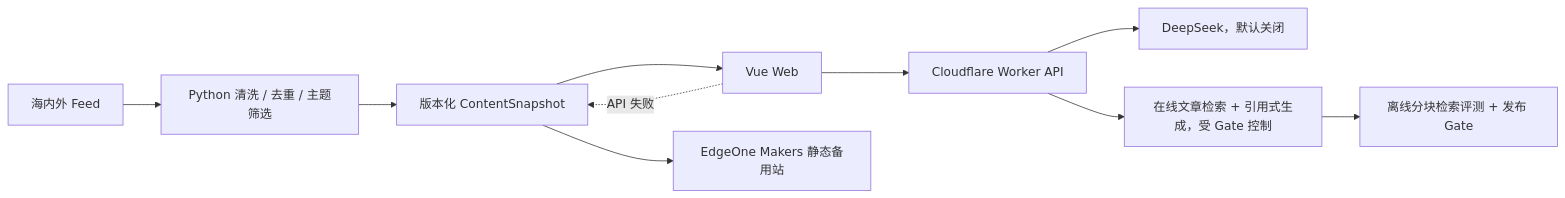
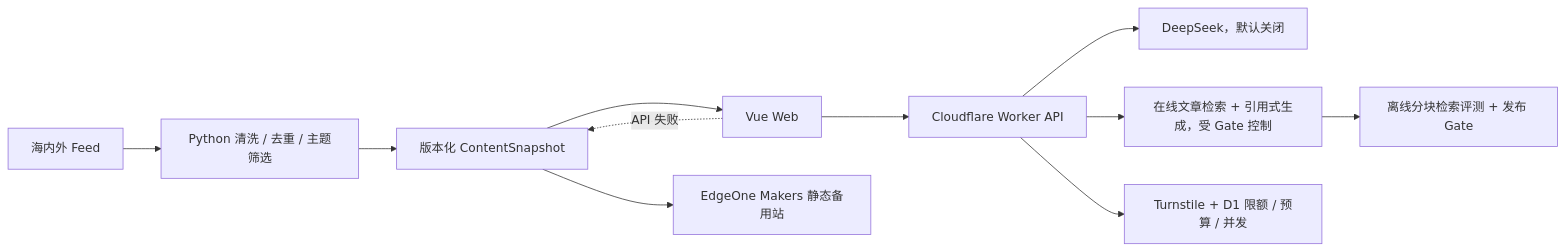
The diagram in README.md (Dyj0926D/newseviday), drawn with Mermaid before and after one commit. The commit also changed other lines of this file and 41 other files, not shown here.

````diff
--- a/README.md
+++ b/README.md
@@ -28,12 +30,13 @@
 ```mermaid
 flowchart LR
     Feed["海内外 Feed"] --> Py["Python 清洗 / 去重 / 主题筛选"]
     Py --> Snapshot["版本化 ContentSnapshot"]
     Snapshot --> Vue["Vue Web"]
     Vue --> Worker["Cloudflare Worker API"]
     Vue -. "API 失败" .-> Snapshot
     Worker --> DeepSeek["DeepSeek，默认关闭"]
     Worker --> RAG["在线文章检索 + 引用式生成，受 Gate 控制"]
+    Worker --> Guardrails["Turnstile + D1 限额 / 预算 / 并发"]
     RAG --> Eval["离线分块检索评测 + 发布 Gate"]
     Snapshot --> EdgeOne["EdgeOne Makers 静态备用站"]
 ```
````
